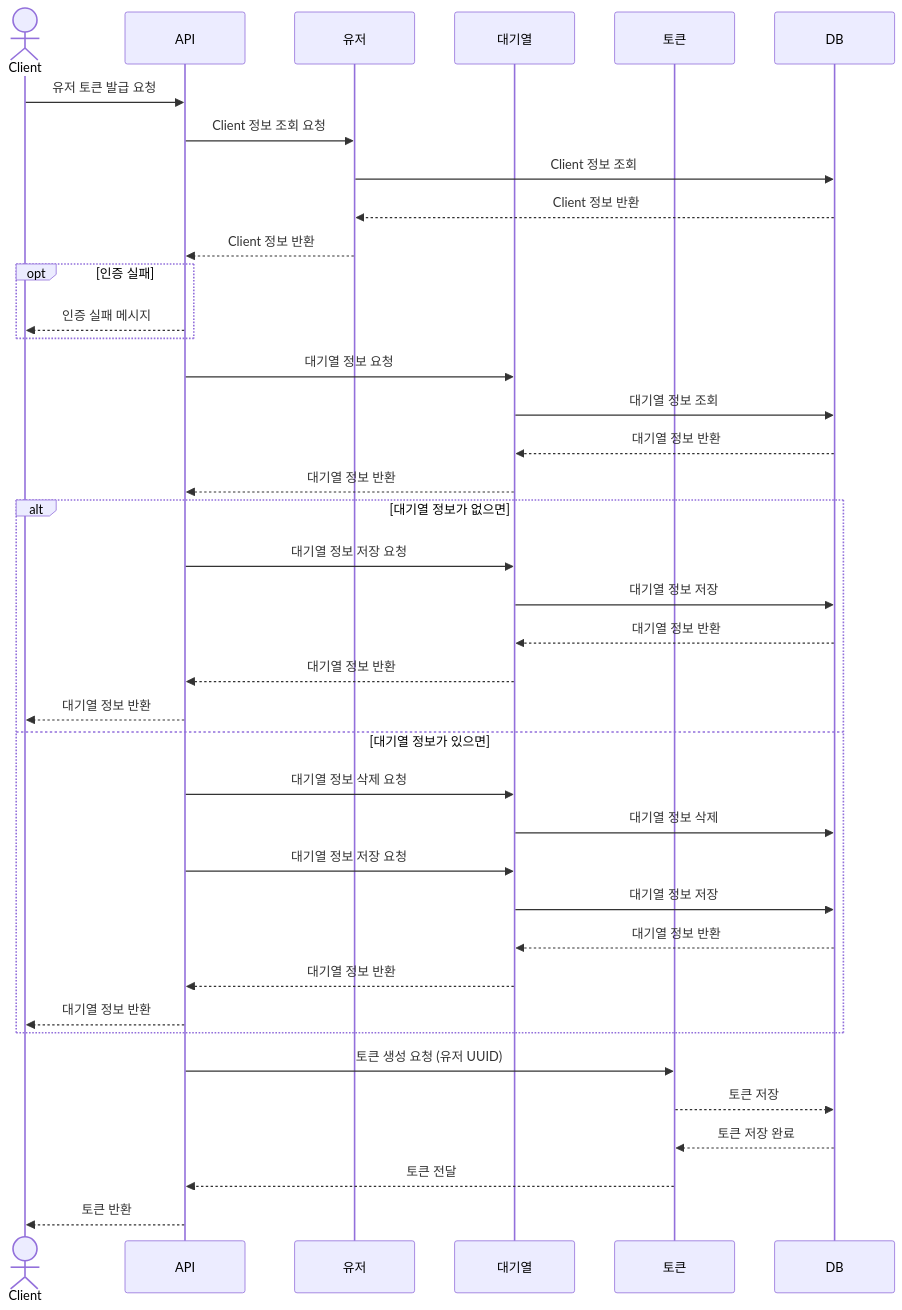
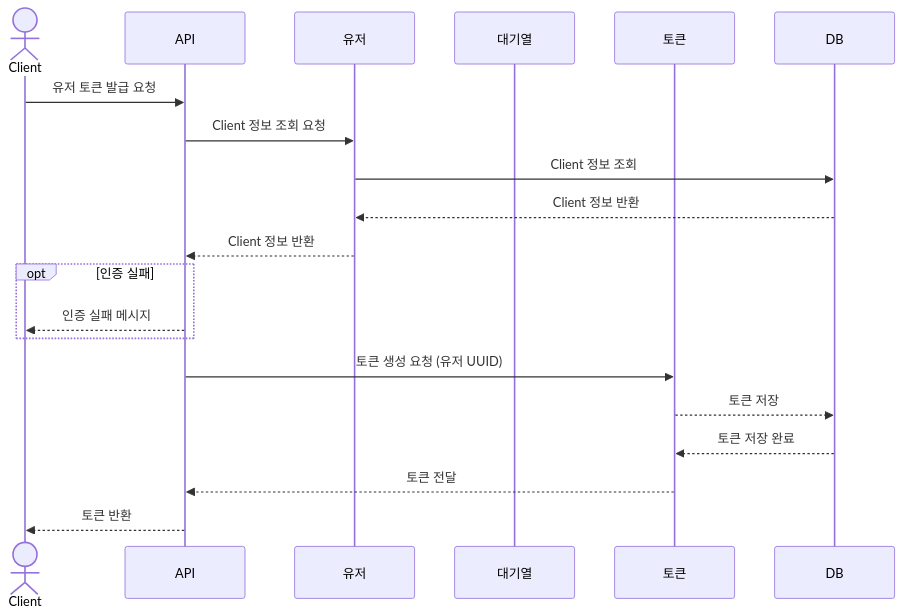
Before and after one commit to hyojin202406/hanghae-concert: the first of 8 diagrams in docs/sequence_diagram.md, drawn with Mermaid. The commit also changed other lines of this file, not shown here.

Commit message:
docs: 시퀀스 다이어그램 수정

````diff
--- a/docs/sequence_diagram.md
+++ b/docs/sequence_diagram.md
@@ -7,43 +15,24 @@
 ```mermaid
 sequenceDiagram
     actor Client
     participant API
     participant 유저서비스 as 유저
     participant 대기열서비스 as 대기열
     participant 토큰서비스 as 토큰
     participant DB
 
     Client->>API: 유저 토큰 발급 요청
     API->>유저서비스: Client 정보 조회 요청
     유저서비스->>DB: Client 정보 조회
     DB-->>유저서비스: Client 정보 반환
     유저서비스-->>API: Client 정보 반환
     opt 인증 실패
         API-->>Client: 인증 실패 메시지
     end
-    API->>대기열서비스: 대기열 정보 요청
-    대기열서비스->>DB: 대기열 정보 조회
-    DB-->>대기열서비스: 대기열 정보 반환
-    대기열서비스-->>API: 대기열 정보 반환
-    alt 대기열 정보가 없으면
-        API->>대기열서비스: 대기열 정보 저장 요청
-        대기열서비스->>DB: 대기열 정보 저장
-        DB-->>대기열서비스: 대기열 정보 반환
-        대기열서비스-->>API: 대기열 정보 반환
-        API-->>Client: 대기열 정보 반환
-    else 대기열 정보가 있으면
-        API->>대기열서비스: 대기열 정보 삭제 요청
-        대기열서비스->>DB: 대기열 정보 삭제
-        API->>대기열서비스: 대기열 정보 저장 요청
-        대기열서비스->>DB: 대기열 정보 저장
-        DB-->>대기열서비스: 대기열 정보 반환
-        대기열서비스-->>API: 대기열 정보 반환
-        API-->>Client: 대기열 정보 반환
-    end
     API->>토큰서비스: 토큰 생성 요청 (유저 UUID)
     토큰서비스-->>DB: 토큰 저장
     DB-->>토큰서비스: 토큰 저장 완료
     토큰서비스-->>API: 토큰 전달
     API-->>Client: 토큰 반환
 
 ```
````
